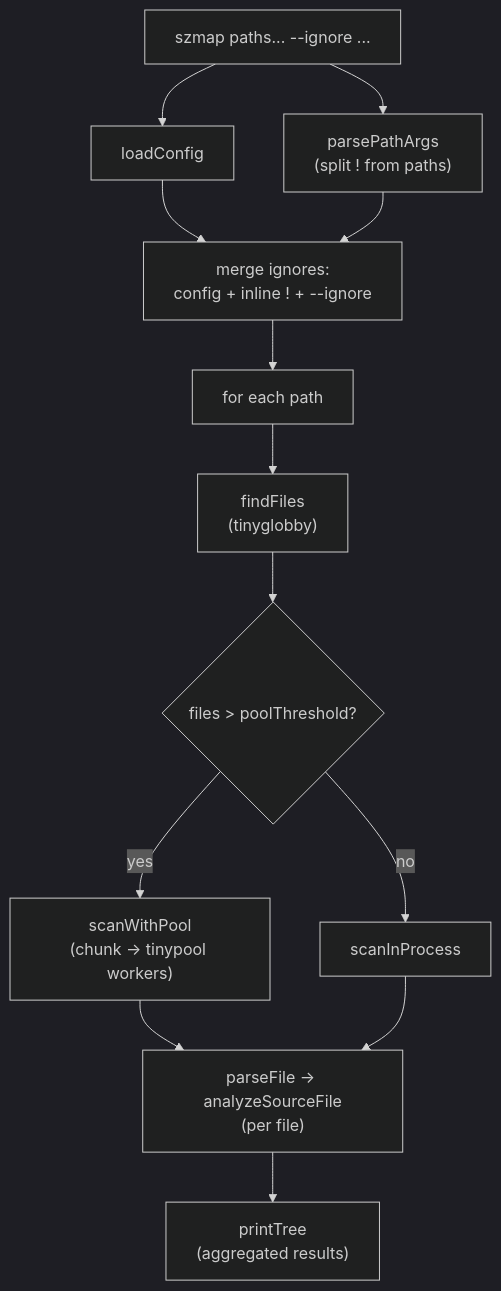
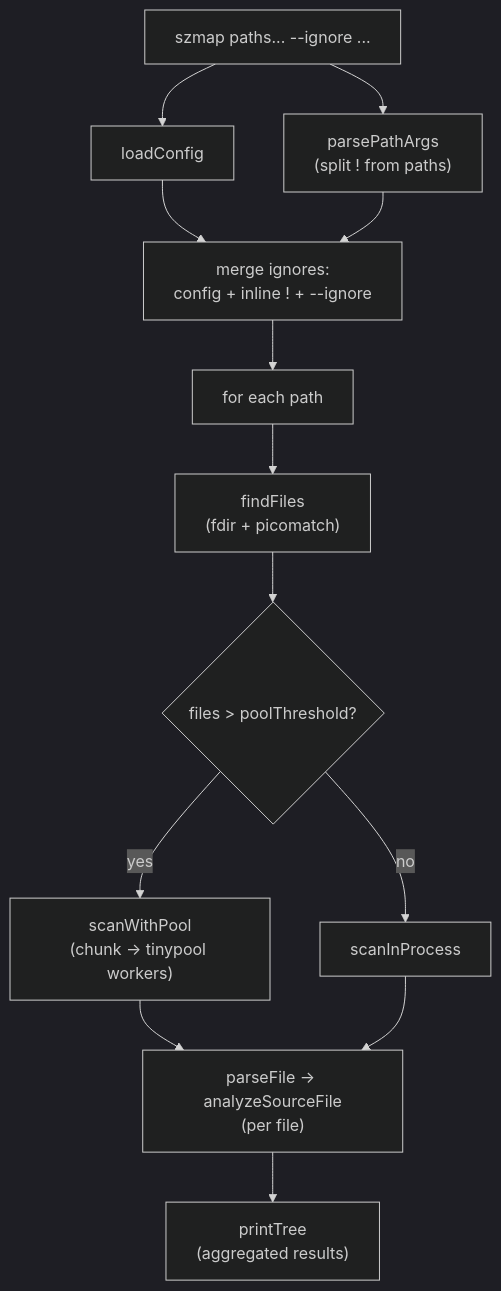
One commit to jonathanalarcon14/szmap changed the diagram in README.md. Above: the diagram before and after it, drawn with Mermaid (dark theme). The commit also changed other lines of this file and 5 other files, not shown here.

````diff
--- a/README.md
+++ b/README.md
@@ -156,15 +156,15 @@
 ```mermaid
 flowchart TD
     CLI["szmap paths... --ignore ..."] --> Cfg[loadConfig]
     CLI --> Parse["parsePathArgs<br/>(split ! from paths)"]
     Cfg --> Merge["merge ignores:<br/>config + inline ! + --ignore"]
     Parse --> Merge
     Merge --> Loop[for each path]
-    Loop --> Find["findFiles<br/>(tinyglobby)"]
+    Loop --> Find["findFiles<br/>(fdir + picomatch)"]
     Find --> Choose{files > poolThreshold?}
     Choose -- yes --> Pool["scanWithPool<br/>(chunk → tinypool workers)"]
     Choose -- no --> InProc[scanInProcess]
     Pool --> Analyze["parseFile → analyzeSourceFile<br/>(per file)"]
     InProc --> Analyze
     Analyze --> Print["printTree<br/>(aggregated results)"]
 ```
````
